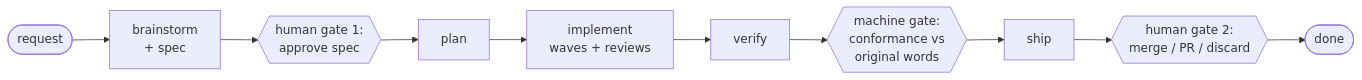
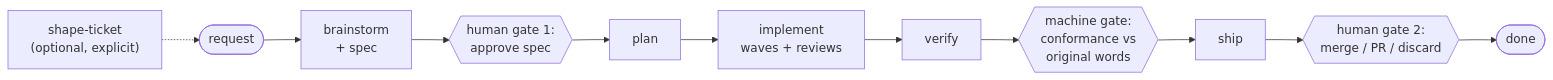
One commit to jjuraszek/pi-gauntlet changed the diagram in README.md. Above: the diagram before and after it, drawn with Mermaid. The commit also changed other lines of this file and 25 other files, not shown here.

First line of the commit message:
Add shape-ticket skill: one-issue create/repair with AC integrity gate (gh-8)

````diff
--- a/README.md
+++ b/README.md
@@ -46,12 +47,14 @@
 ```mermaid
 flowchart LR
+    T["shape-ticket<br/>(optional, explicit)"]
     R([request]) --> B[brainstorm<br/>+ spec]
+    T -.-> R
     B --> G1{{human gate 1:<br/>approve spec}}
     G1 --> P[plan]
     P --> I[implement<br/>waves + reviews]
     I --> V[verify]
     V --> M{{machine gate:<br/>conformance vs<br/>original words}}
     M --> S[ship]
     S --> G2{{human gate 2:<br/>merge / PR / discard}}
     G2 --> D([done])
 ```
````
